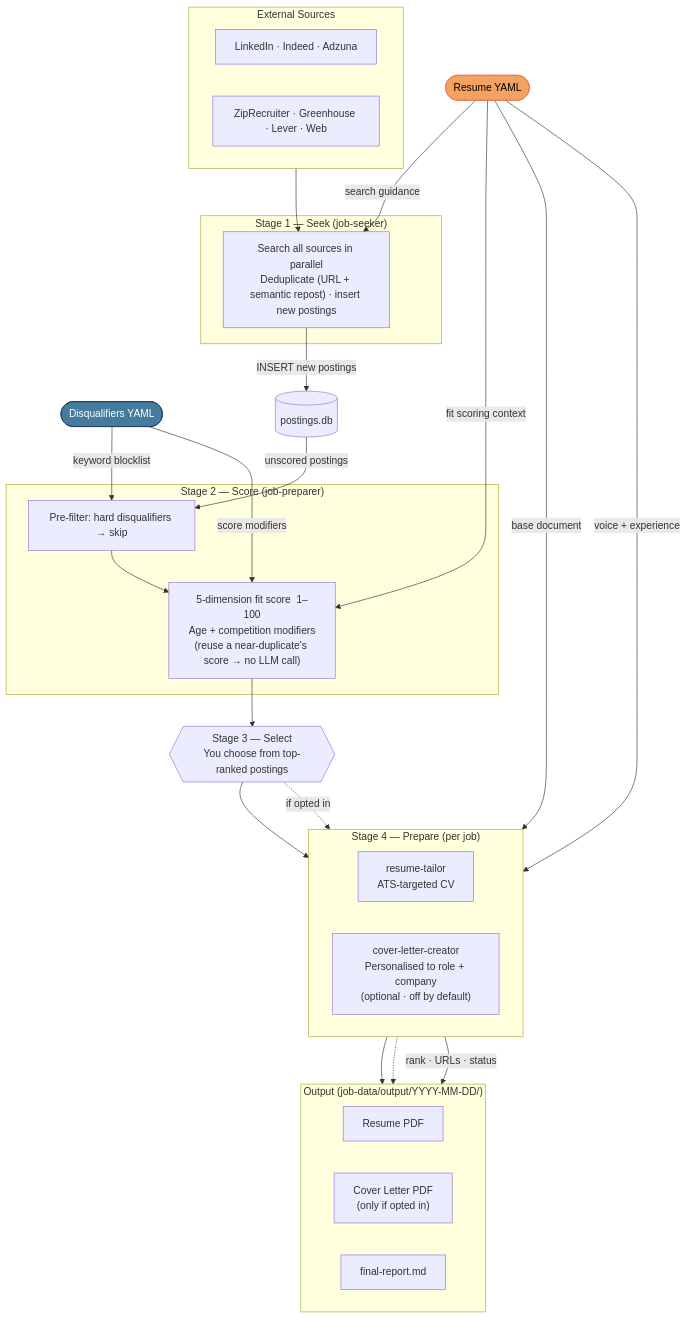
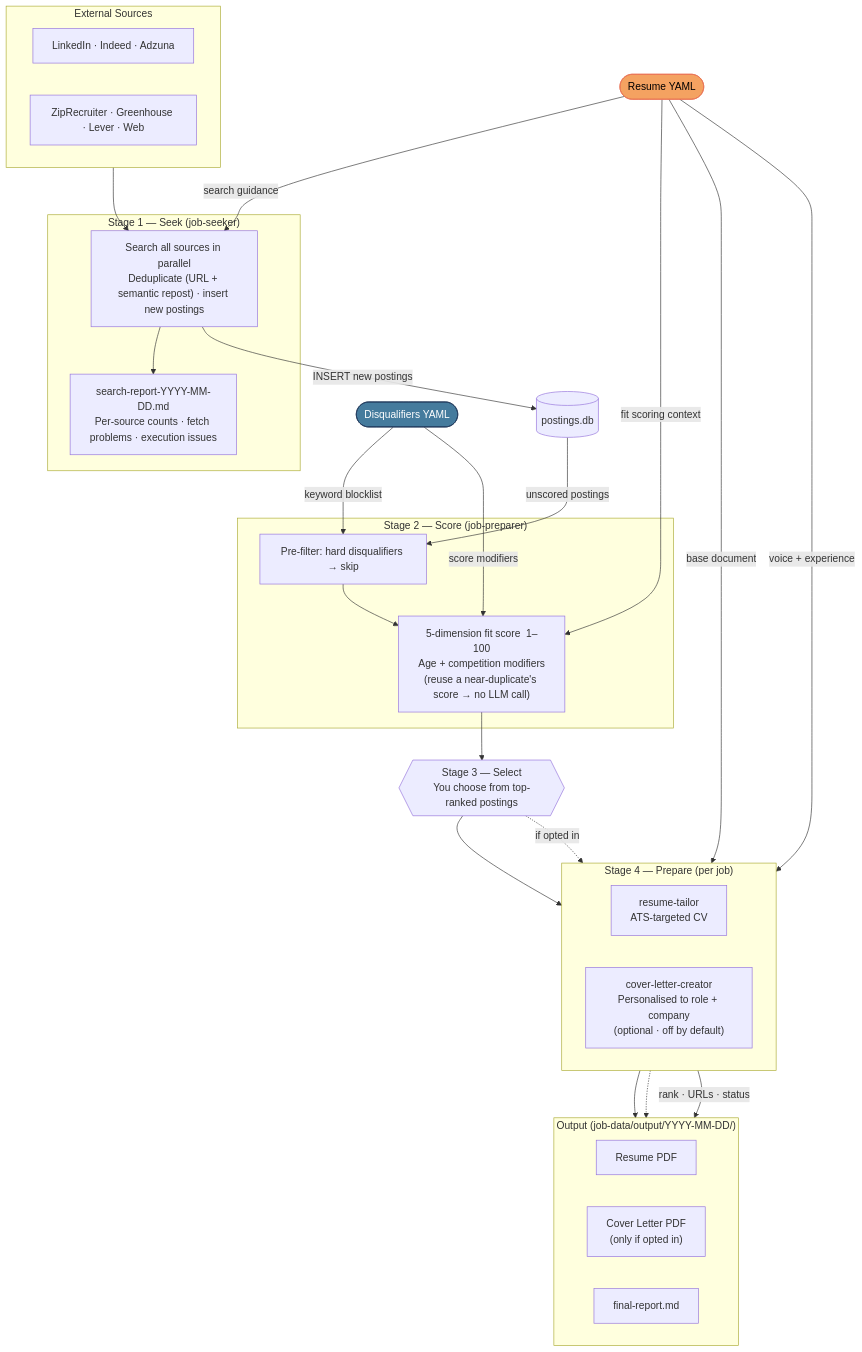
Before and after one commit to bildzeitung/job-harness: the diagram in docs/data-flow.mmd, drawn with Mermaid. The commit also changed 2 other files, not shown here.

Commit message:
feat(job-seeker): emit detailed search report; surface it in job-search
job-seeker now captures per-source outcomes (counts, content-fetch
problems, execution issues), writes search-report-YYYY-MM-DD.md, and
prints it. The job-search skill presents the report to the user after
the Seek stage. Reflect the new artifact in the data-flow diagram.

```diff
--- a/docs/data-flow.mmd
+++ b/docs/data-flow.mmd
@@ -1,57 +1,59 @@
 flowchart TD
     RESUME(["Resume YAML"])
     DISQ(["Disqualifiers YAML"])
 
     subgraph BOARDS ["External Sources"]
         direction LR
         B1["LinkedIn · Indeed · Adzuna"]
         B2["ZipRecruiter · Greenhouse · Lever · Web"]
     end
 
     subgraph SEEK ["Stage 1 — Seek    (job-seeker)"]
         S["Search all sources in parallel<br>Deduplicate (URL + semantic repost) · insert new postings"]
+        SR["search-report-YYYY-MM-DD.md<br>Per-source counts · fetch problems · execution issues"]
+        S --> SR
     end
 
     DB[("postings.db")]
 
     subgraph SCORE ["Stage 2 — Score    (job-preparer)"]
         F["Pre-filter: hard disqualifiers → skip"]
         SC["5-dimension fit score  1–100<br>Age + competition modifiers<br>(reuse a near-duplicate's score → no LLM call)"]
         F --> SC
     end
 
     SEL{{"Stage 3 — Select<br>You choose from top-ranked postings"}}
 
     subgraph PREP ["Stage 4 — Prepare    (per job)"]
         direction LR
         T["resume-tailor<br>ATS-targeted CV"]
         C["cover-letter-creator<br>Personalised to role + company<br>(optional · off by default)"]
     end
 
     subgraph OUT ["Output    (job-data/output/YYYY-MM-DD/)"]
         direction LR
         RP["Resume PDF"]
         CL["Cover Letter PDF<br>(only if opted in)"]
         FR["final-report.md"]
     end
 
     BOARDS  --> S
     RESUME  -->|"search guidance"| S
     S       -->|"INSERT new postings"| DB
     DB      -->|"unscored postings"| F
     DISQ    -->|"keyword blocklist"| F
     RESUME  -->|"fit scoring context"| SC
     DISQ    -->|"score modifiers"| SC
     SC      --> SEL
     SEL     --> T
     SEL     -.->|"if opted in"| C
     RESUME  -->|"base document"| T
     RESUME  -->|"voice + experience"| C
     T       --> RP
     C       -.-> CL
     PREP    -->|"rank · URLs · status"| FR
 
     classDef resumeNode fill:#f4a261,stroke:#e76f51,color:#000
     classDef disqNode fill:#457b9d,stroke:#1d3557,color:#fff
     class RESUME resumeNode
     class DISQ disqNode
```
